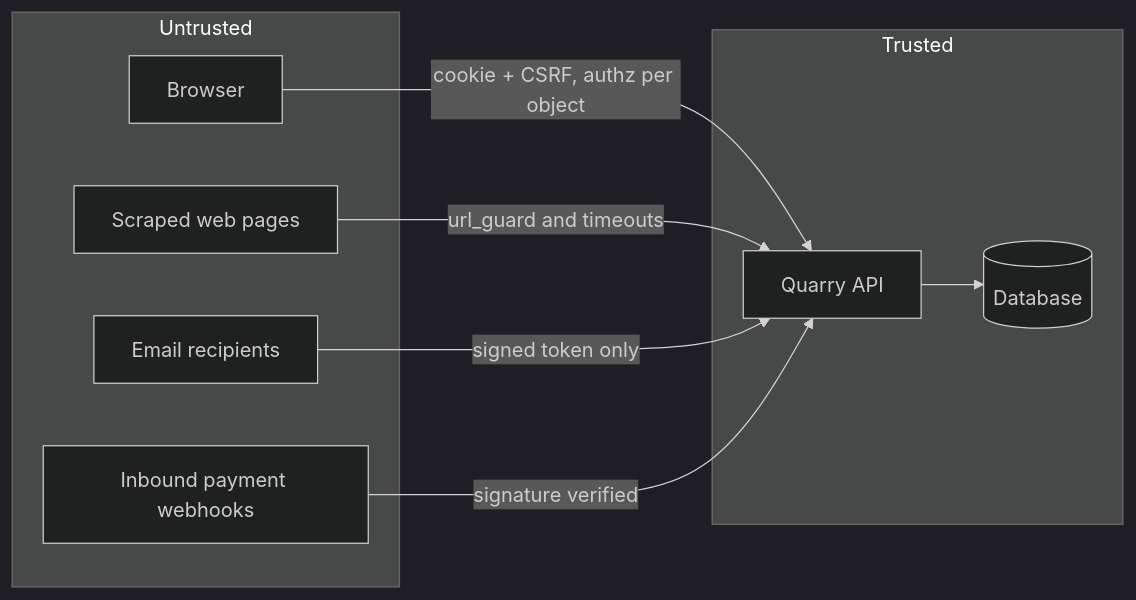
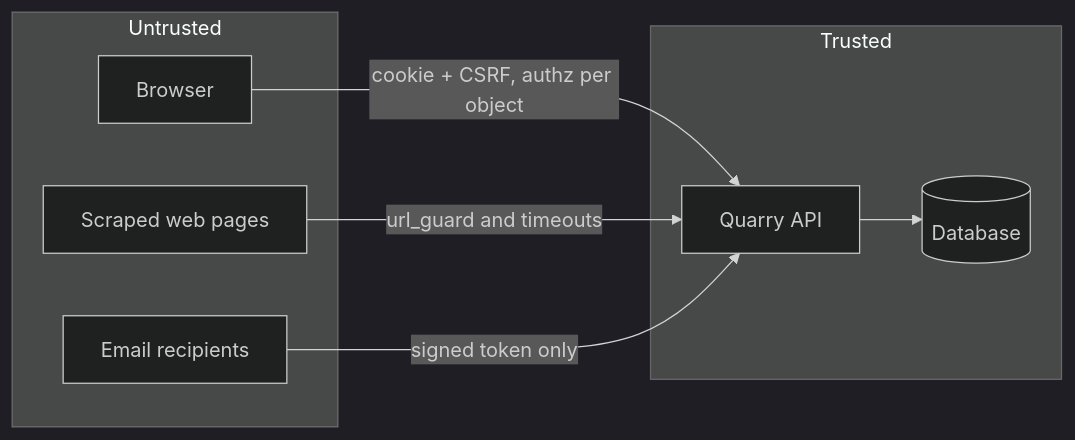
The seventh of 7 diagrams in docs/product/02-System-Design.md (ManojAbhiram/quarry), drawn with Mermaid (dark theme) before and after one commit. The commit also changed other lines of this file and 26 other files, not shown here.

````diff
--- a/docs/product/02-System-Design.md
+++ b/docs/product/02-System-Design.md
@@ -324,18 +304,16 @@
 ```mermaid title="Trust boundaries" page=portrait
 flowchart LR
   subgraph Untrusted
     BR[Browser]
     WEB[Scraped web pages]
     RC[Email recipients]
-    HK[Inbound payment webhooks]
   end
   subgraph Trusted
     API[Quarry API]
     DB[(Database)]
   end
   BR -->|cookie + CSRF, authz per object| API
   WEB -->|url_guard and timeouts| API
   RC -->|signed token only| API
-  HK -->|signature verified| API
   API --> DB
 ```
````
